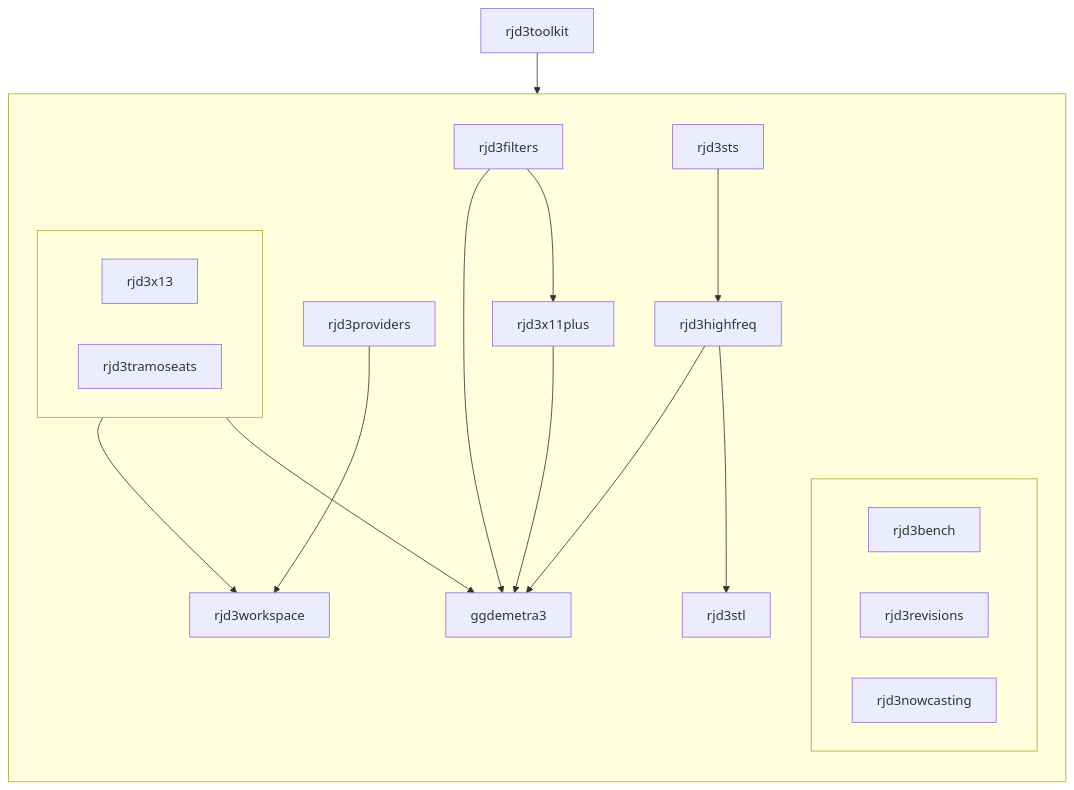
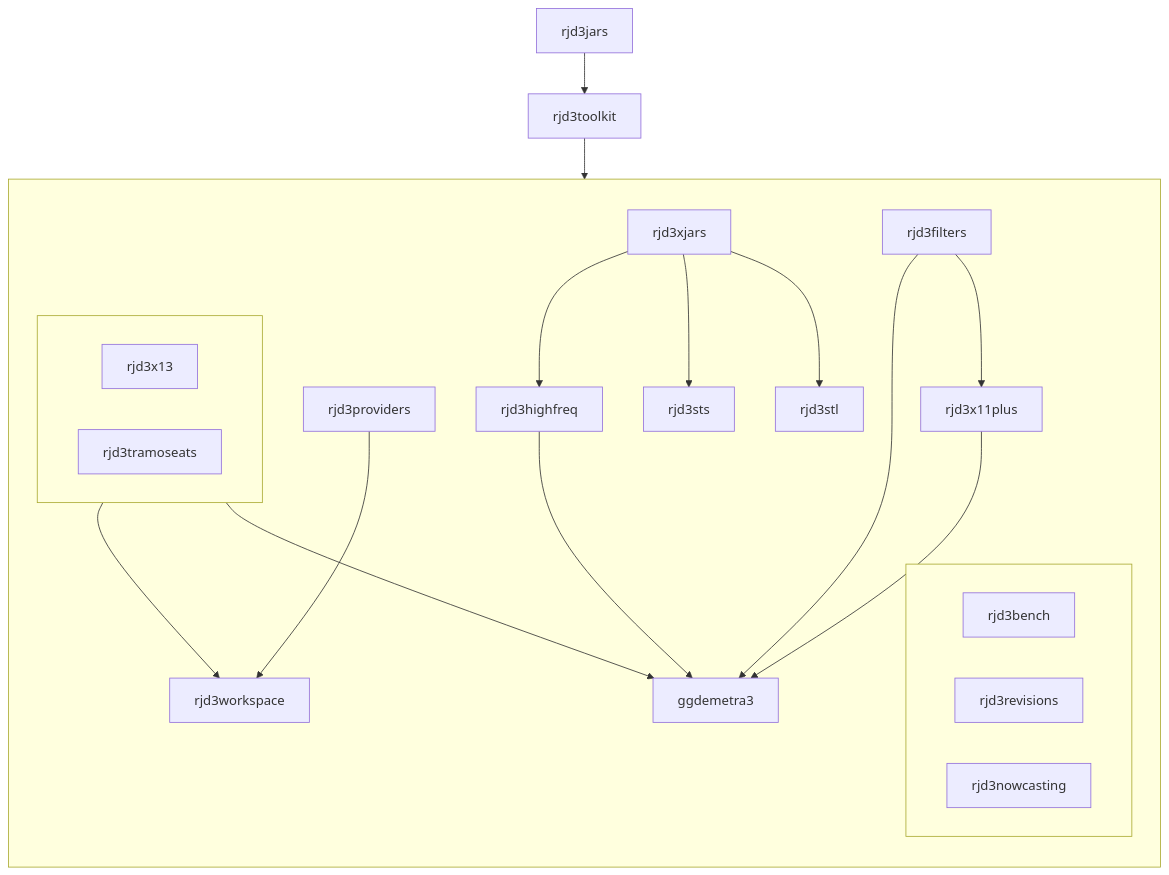
The diagram in profile/README.md (TanguyBarthelemy/rjdverse.github), drawn with Mermaid before and after one commit.

Commit message:
Add {rjd3jars} et {rjd3xjars}

````diff
--- a/profile/README.md
+++ b/profile/README.md
@@ -89,48 +89,54 @@
 ```mermaid
+
 flowchart TB
     subgraph rjd3toolkit_depends [" "]
         direction TB
 
+        rjd3providers --> rjd3workspace
+        
+        rjd3xjars --> rjd3highfreq
+        rjd3xjars --> rjd3sts
+        rjd3xjars --> rjd3stl
 
         subgraph rjd3_other[" "]
             rjd3bench
             rjd3revisions
             rjd3nowcasting
         end
         
         subgraph rjd3x13_tramo[" "]
             rjd3x13
             rjd3tramoseats
         end
 
-        rjd3providers --> rjd3workspace
         rjd3x13_tramo --> rjd3workspace
 
         rjd3x13_tramo --> ggdemetra3
         rjd3highfreq --> ggdemetra3
         rjd3x11plus --> ggdemetra3
         rjd3filters --> ggdemetra3
         
         rjd3filters --> rjd3x11plus
-        rjd3sts --> rjd3highfreq
-        rjd3highfreq --> rjd3stl
 
     end
 
+    rjd3jars --> rjd3toolkit
     rjd3toolkit --> rjd3toolkit_depends
 
+  click rjd3jars "https://github.com/rjdverse/rjd3jars" _blank
+  click rjd3xjars "https://github.com/rjdverse/rjd3xjars" _blank
   click rjd3toolkit "https://github.com/rjdverse/rjd3toolkit" _blank
   click rjd3nowcasting "https://github.com/rjdverse/rjd3nowcasting" _blank
   click rjd3stl "https://github.com/rjdverse/rjd3stl" _blank
   click rjd3highfreq "https://github.com/rjdverse/rjd3highfreq" _blank
   click rjd3sts "https://github.com/rjdverse/rjd3sts" _blank
   click rjd3x11plus "https://github.com/rjdverse/rjd3x11plus" _blank
   click rjd3filters "https://github.com/rjdverse/rjd3filters" _blank
   click rjd3providers "https://github.com/rjdverse/rjd3providers" _blank
   click rjd3workspace "https://github.com/rjdverse/rjd3workspace" _blank
   click rjd3x13 "https://github.com/rjdverse/rjd3x13" _blank
   click rjd3tramoseats "https://github.com/rjdverse/rjd3tramoseats" _blank
   click rjd3bench "https://github.com/rjdverse/rjd3bench" _blank
   click rjd3revisions "https://github.com/rjdverse/rjd3revisions" _blank
   click ggdemetra3 "https://github.com/AQLT/ggdemetra3" _blank
 ```
````
